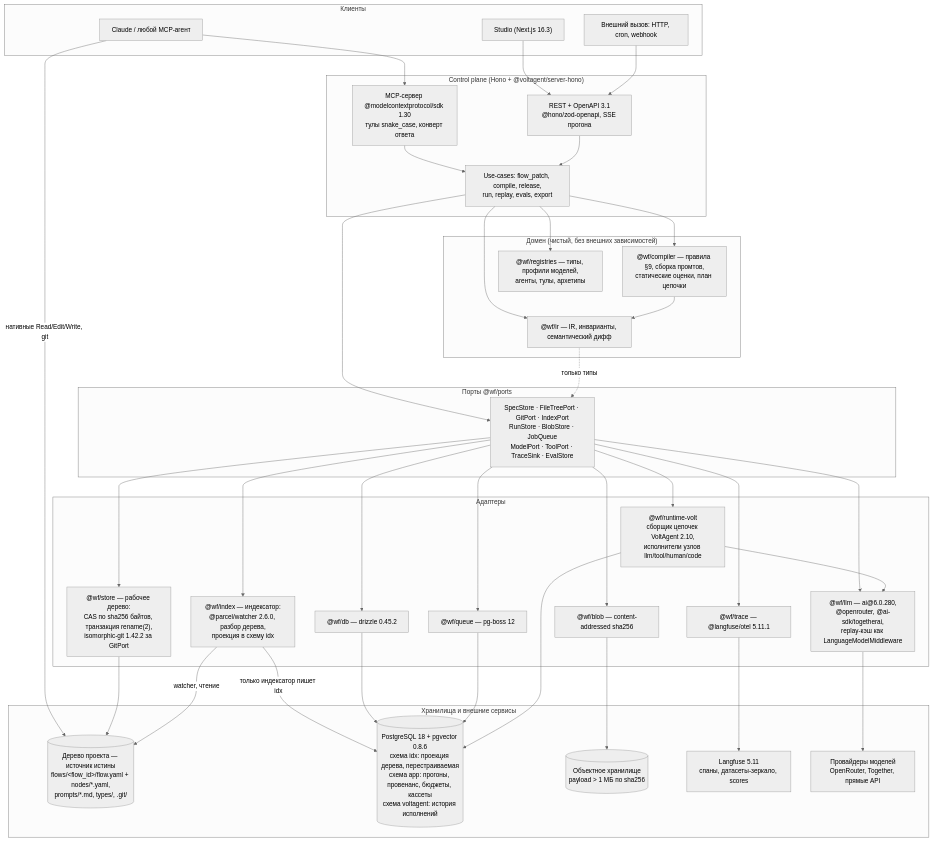
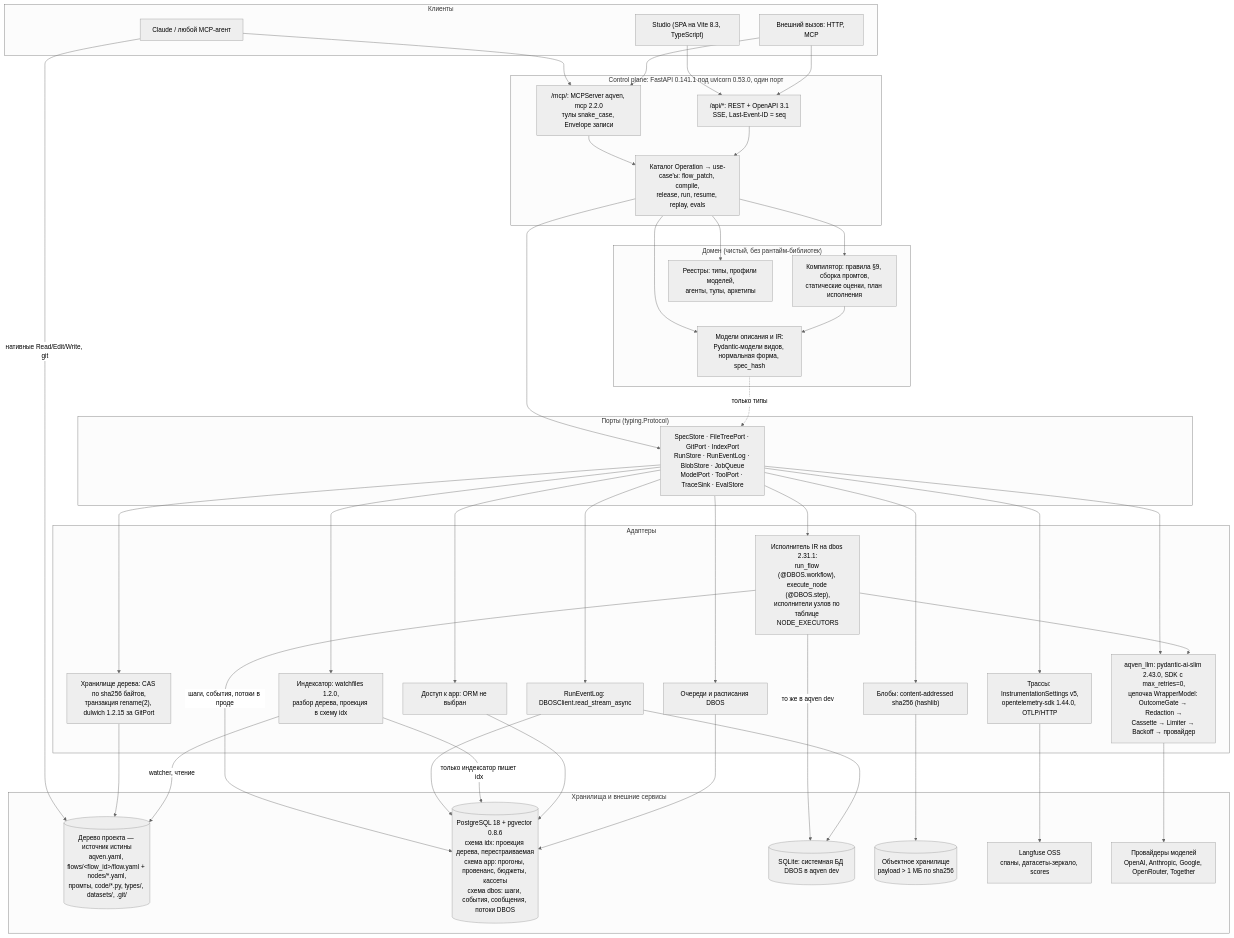
Before and after one commit to lastonoga/AQVEN: the first of 4 diagrams in docs/02-architecture.md, drawn with Mermaid (neutral theme). The commit also changed other lines of this file and 476 other files, not shown here.

````diff
--- a/docs/02-architecture.md
+++ b/docs/02-architecture.md
@@ -52,74 +63,81 @@
 ```mermaid
 flowchart TB
   subgraph clients["Клиенты"]
     claude["Claude / любой MCP-агент"]
-    studio["Studio (Next.js 16.3)"]
-    ext["Внешний вызов: HTTP, cron, webhook"]
+    studio["Studio (SPA на Vite 8.3, TypeScript)"]
+    ext["Внешний вызов: HTTP, MCP"]
   end
 
-  subgraph cp["Control plane (Hono + @voltagent/server-hono)"]
-    mcp["MCP-сервер @modelcontextprotocol/sdk 1.30<br/>тулы snake_case, конверт ответа"]
-    rest["REST + OpenAPI 3.1<br/>@hono/zod-openapi, SSE прогона"]
-    uc["Use-cases: flow_patch, compile, release,<br/>run, replay, evals, export"]
+  subgraph cp["Control plane: FastAPI 0.141.1 под uvicorn 0.53.0, один порт"]
+    mcp["/mcp/: MCPServer aqven, mcp 2.2.0<br/>тулы snake_case, Envelope записи"]
+    rest["/api/*: REST + OpenAPI 3.1<br/>SSE, Last-Event-ID = seq"]
+    uc["Каталог Operation → use-case'ы: flow_patch, compile,<br/>release, run, resume, replay, evals"]
   end
 
-  subgraph domain["Домен (чистый, без внешних зависимостей)"]
-    ir["@wf/ir — IR, инварианты, семантический дифф"]
-    comp["@wf/compiler — правила §9, сборка промтов,<br/>статические оценки, план цепочки"]
-    reg["@wf/registries — типы, профили моделей,<br/>агенты, тулы, архетипы"]
+  subgraph domain["Домен (чистый, без рантайм-библиотек)"]
+    ir["Модели описания и IR:<br/>Pydantic-модели видов, нормальная форма, spec_hash"]
+    comp["Компилятор: правила §9, сборка промтов,<br/>статические оценки, план исполнения"]
+    reg["Реестры: типы, профили моделей,<br/>агенты, тулы, архетипы"]
   end
 
-  subgraph ports["Порты @wf/ports"]
-    p["SpecStore · FileTreePort · GitPort · IndexPort<br/>RunStore · BlobStore · JobQueue<br/>ModelPort · ToolPort · TraceSink · EvalStore"]
+  subgraph ports["Порты (typing.Protocol)"]
+    p["SpecStore · FileTreePort · GitPort · IndexPort<br/>RunStore · RunEventLog · BlobStore · JobQueue<br/>ModelPort · ToolPort · TraceSink · EvalStore"]
   end
 
   subgraph adapters["Адаптеры"]
-    volt["@wf/runtime-volt<br/>сборщик цепочек VoltAgent 2.10,<br/>исполнители узлов llm/tool/human/code"]
-    llm["@wf/llm — ai@6.0.280,<br/>@openrouter, @ai-sdk/togetherai,<br/>replay-кэш как LanguageModelMiddleware"]
-    store["@wf/store — рабочее дерево:<br/>CAS по sha256 байтов, транзакция rename(2),<br/>isomorphic-git 1.42.2 за GitPort"]
-    idxr["@wf/index — индексатор:<br/>@parcel/watcher 2.6.0, разбор дерева,<br/>проекция в схему idx"]
-    db["@wf/db — drizzle 0.45.2"]
-    blob["@wf/blob — content-addressed sha256"]
-    q["@wf/queue — pg-boss 12"]
-    trace["@wf/trace — @langfuse/otel 5.11.1"]
+    exec["Исполнитель IR на dbos 2.31.1:<br/>run_flow (@DBOS.workflow), execute_node (@DBOS.step),<br/>исполнители узлов по таблице NODE_EXECUTORS"]
+    llm["aqven_llm: pydantic-ai-slim 2.43.0, SDK с max_retries=0,<br/>цепочка WrapperModel: OutcomeGate → Redaction →<br/>Cassette → Limiter → Backoff → провайдер"]
+    store["Хранилище дерева: CAS по sha256 байтов,<br/>транзакция rename(2), dulwich 1.2.15 за GitPort"]
+    idxr["Индексатор: watchfiles 1.2.0,<br/>разбор дерева, проекция в схему idx"]
+    db["Доступ к app: ORM не выбран"]
+    events["RunEventLog: DBOSClient.read_stream_async"]
+    blob["Блобы: content-addressed sha256 (hashlib)"]
+    q["Очереди и расписания DBOS"]
+    trace["Трассы: InstrumentationSettings v5,<br/>opentelemetry-sdk 1.44.0, OTLP/HTTP"]
   end
 
   subgraph infra["Хранилища и внешние сервисы"]
-    tree[("Дерево проекта — источник истины<br/>flows/&lt;flow_id&gt;/flow.yaml + nodes/*.yaml,<br/>prompts/*.md, types/, .git/")]
-    pg[("PostgreSQL 18 + pgvector 0.8.6<br/>схема idx: проекция дерева, перестраиваемая<br/>схема app: прогоны, провенанс, бюджеты, кассеты<br/>схема voltagent: история исполнений")]
+    tree[("Дерево проекта — источник истины<br/>aqven.yaml, flows/&lt;flow_id&gt;/flow.yaml + nodes/*.yaml,<br/>промты, code/*.py, types/, datasets/, .git/")]
+    pg[("PostgreSQL 18 + pgvector 0.8.6<br/>схема idx: проекция дерева, перестраиваемая<br/>схема app: прогоны, провенанс, бюджеты, кассеты<br/>схема dbos: шаги, события, сообщения, потоки DBOS")]
+    sqlite[("SQLite: системная БД DBOS в aqven dev")]
     obj[("Объектное хранилище<br/>payload > 1 МБ по sha256")]
-    lf["Langfuse 5.11<br/>спаны, датасеты-зеркало, scores"]
-    prov["Провайдеры моделей<br/>OpenRouter, Together, прямые API"]
+    lf["Langfuse OSS<br/>спаны, датасеты-зеркало, scores"]
+    prov["Провайдеры моделей<br/>OpenAI, Anthropic, Google, OpenRouter, Together"]
   end
 
   claude --> mcp
   claude -->|нативные Read/Edit/Write, git| tree
   studio --> rest
   ext --> rest
+  ext --> mcp
   mcp --> uc
   rest --> uc
   uc --> ir
   uc --> comp
   uc --> reg
   comp --> ir
   uc --> p
   ir -. только типы .-> p
-  p --> volt
+  p --> exec
   p --> llm
   p --> store
   p --> idxr
   p --> db
+  p --> events
   p --> blob
   p --> q
   p --> trace
-  volt --> llm
+  exec --> llm
+  exec -->|шаги, события, потоки в проде| pg
+  exec -->|то же в aqven dev| sqlite
+  events --> pg
+  events --> sqlite
   store --> tree
   idxr -->|watcher, чтение| tree
   idxr -->|только индексатор пишет idx| pg
   db --> pg
   q --> pg
-  volt --> pg
   blob --> obj
   trace --> lf
   llm --> prov
 ```
````
